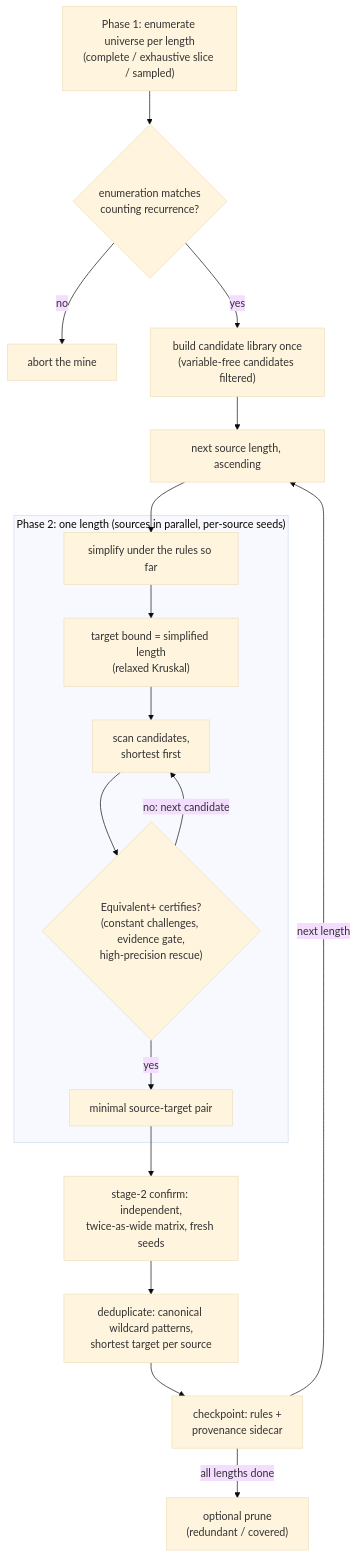
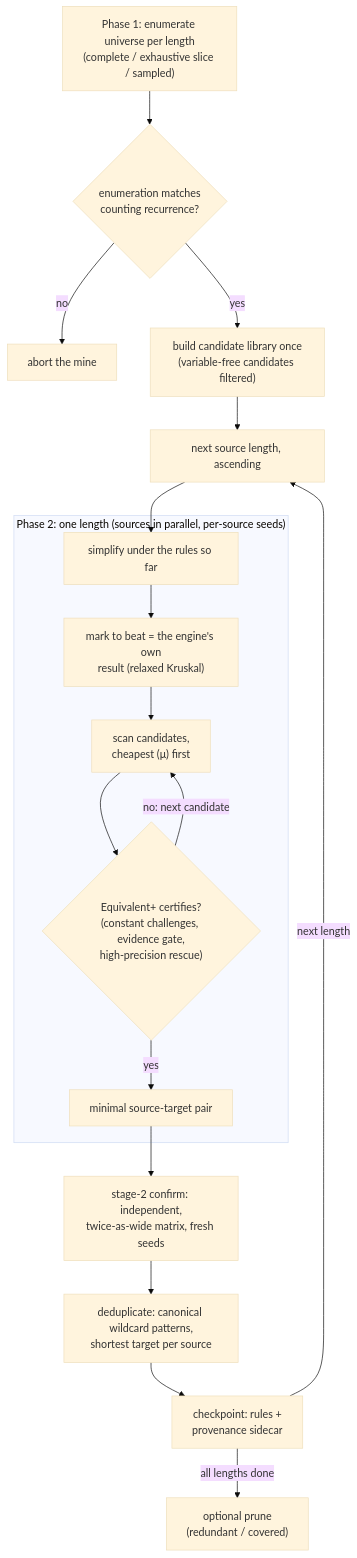
One commit to psaegert/simplipy changed the first of 2 diagrams in docs/rules.md. Above: the diagram before and after it, drawn with Mermaid (base theme). The commit also changed other lines of this file and 11 other files, not shown here.

````diff
--- a/docs/rules.md
+++ b/docs/rules.md
@@ -45,20 +48,20 @@
 ```mermaid
 flowchart TD
     UNI["Phase 1: enumerate universe per length<br/>(complete / exhaustive slice / sampled)"] --> CNT{"enumeration matches<br/>counting recurrence?"}
     CNT -- no --> AB["abort the mine"]
     CNT -- yes --> LIB["build candidate library once<br/>(variable-free candidates filtered)"]
     LIB --> L["next source length, ascending"]
     L --> S1
     subgraph P2["Phase 2: one length (sources in parallel, per-source seeds)"]
-        S1["simplify under the rules so far"] --> S2["target bound = simplified length<br/>(relaxed Kruskal)"]
-        S2 --> S3["scan candidates,<br/>shortest first"]
+        S1["simplify under the rules so far"] --> S2["mark to beat = the engine's own<br/>result (relaxed Kruskal)"]
+        S2 --> S3["scan candidates,<br/>cheapest (μ) first"]
         S3 --> S4{"Equivalent+ certifies?<br/>(constant challenges, evidence gate,<br/>high-precision rescue)"}
         S4 -- "no: next candidate" --> S3
         S4 -- yes --> S5["minimal source-target pair"]
     end
     S5 --> C1["stage-2 confirm: independent,<br/>twice-as-wide matrix, fresh seeds"]
     C1 --> C2["deduplicate: canonical wildcard patterns,<br/>shortest target per source"]
     C2 --> C3["checkpoint: rules +<br/>provenance sidecar"]
     C3 -- "next length" --> L
     C3 -- "all lengths done" --> PR["optional prune<br/>(redundant / covered)"]
 ```
````
